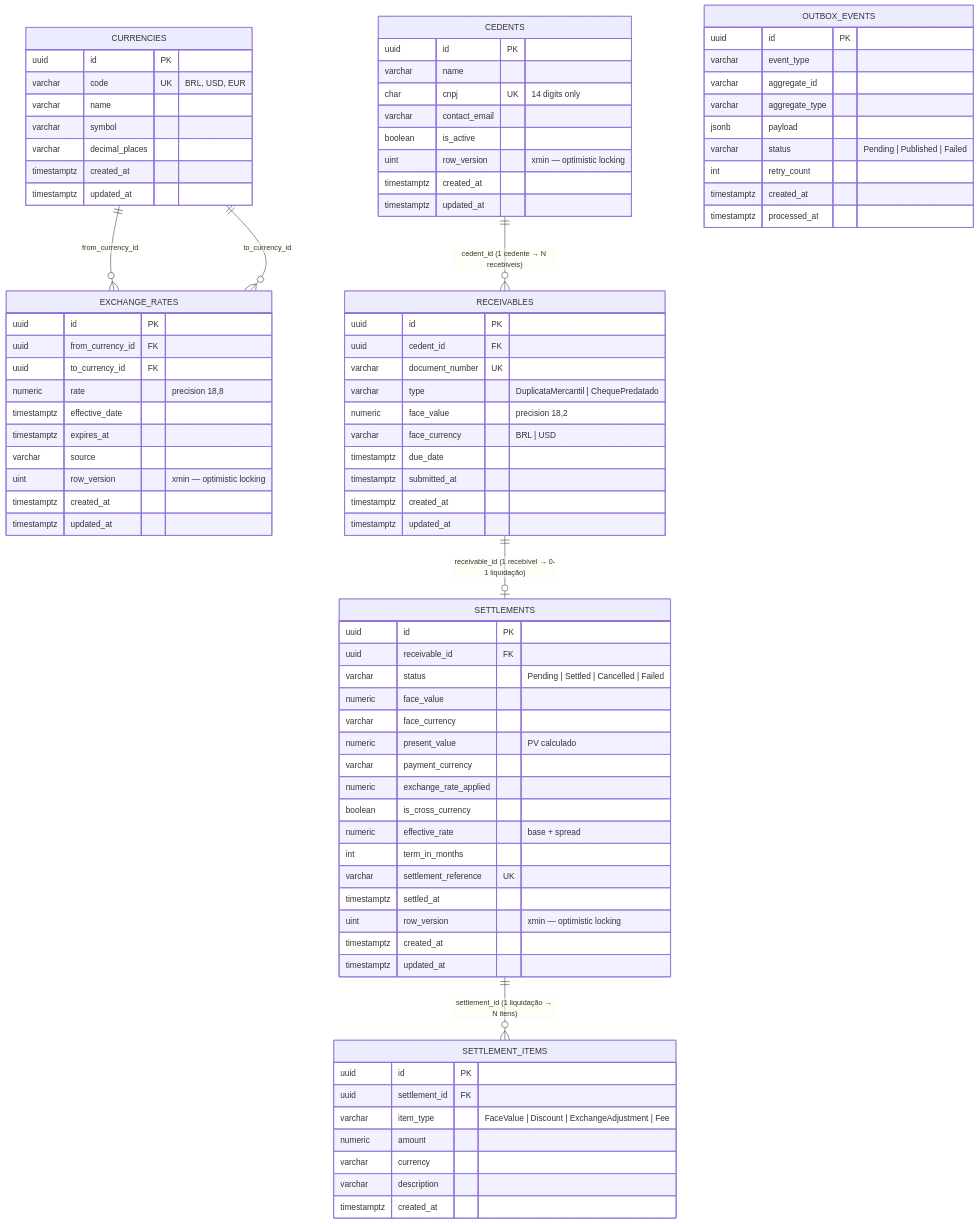
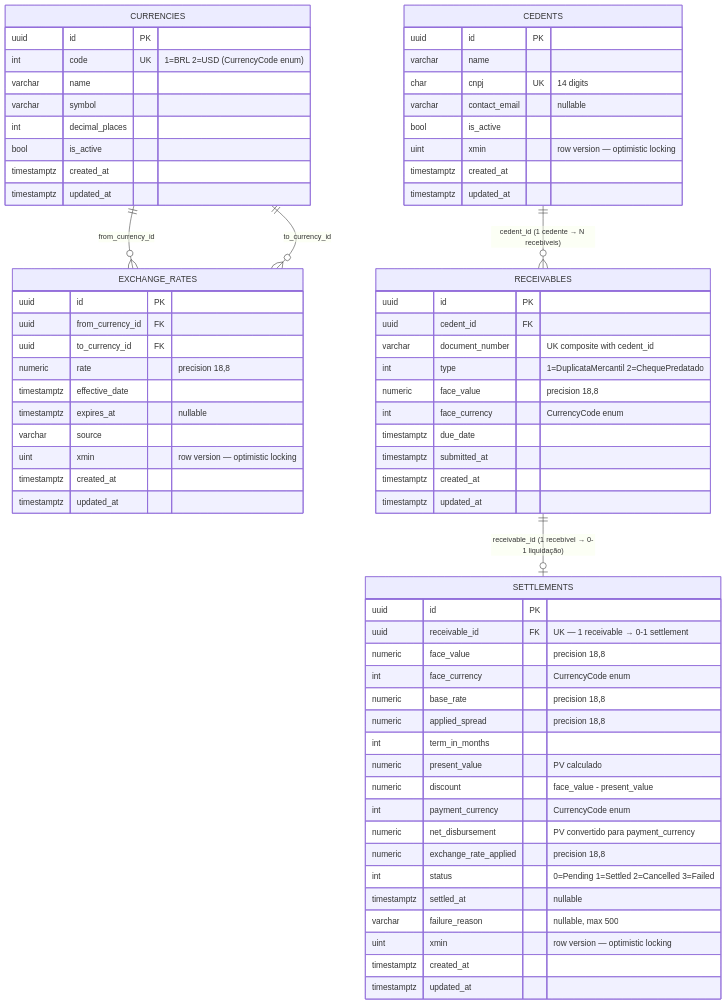
The diagram in docs/diagrams/er-diagram.md (gustavo-segantini/srm-credit-engine), drawn with Mermaid before and after one commit. The commit also changed other lines of this file and 3 other files, not shown here.

````diff
--- a/docs/diagrams/er-diagram.md
+++ b/docs/diagrams/er-diagram.md
@@ -2,10 +2,11 @@
 erDiagram
     CURRENCIES {
         uuid id PK
-        varchar code UK "BRL, USD, EUR"
+        int  code  UK "1=BRL 2=USD (CurrencyCode enum)"
         varchar name
         varchar symbol
-        varchar decimal_places
+        int decimal_places
+        bool is_active
         timestamptz created_at
         timestamptz updated_at
     }
@@ -16,9 +17,9 @@
         uuid to_currency_id FK
         numeric rate "precision 18,8"
         timestamptz effective_date
-        timestamptz expires_at
+        timestamptz expires_at "nullable"
         varchar source
-        uint row_version "xmin — optimistic locking"
+        uint xmin "row version — optimistic locking"
         timestamptz created_at
         timestamptz updated_at
     }
@@ -26,10 +27,10 @@
     CEDENTS {
         uuid id PK
         varchar name
-        char cnpj UK "14 digits only"
-        varchar contact_email
-        boolean is_active
-        uint row_version "xmin — optimistic locking"
+        char cnpj UK "14 digits"
+        varchar contact_email "nullable"
+        bool is_active
+        uint xmin "row version — optimistic locking"
         timestamptz created_at
         timestamptz updated_at
     }
@@ -37,10 +38,10 @@
     RECEIVABLES {
         uuid id PK
         uuid cedent_id FK
-        varchar document_number UK
-        varchar type "DuplicataMercantil | ChequePredatado"
-        numeric face_value "precision 18,2"
-        varchar face_currency "BRL | USD"
+        varchar document_number "UK composite with cedent_id"
+        int type "1=DuplicataMercantil 2=ChequePredatado"
+        numeric face_value "precision 18,8"
+        int face_currency "CurrencyCode enum"
         timestamptz due_date
         timestamptz submitted_at
         timestamptz created_at
@@ -49,48 +50,27 @@
 
     SETTLEMENTS {
         uuid id PK
-        uuid receivable_id FK
-        varchar status "Pending | Settled | Cancelled | Failed"
-        numeric face_value
-        varchar face_currency
+        uuid receivable_id FK "UK — 1 receivable → 0-1 settlement"
+        numeric face_value "precision 18,8"
+        int face_currency "CurrencyCode enum"
+        numeric base_rate "precision 18,8"
+        numeric applied_spread "precision 18,8"
+        int term_in_months
         numeric present_value "PV calculado"
-        varchar payment_currency
-        numeric exchange_rate_applied
-        boolean is_cross_currency
-        numeric effective_rate "base + spread"
-        int term_in_months
-        varchar settlement_reference UK
-        timestamptz settled_at
-        uint row_version "xmin — optimistic locking"
+        numeric discount "face_value - present_value"
+        int payment_currency "CurrencyCode enum"
+        numeric net_disbursement "PV convertido para payment_currency"
+        numeric exchange_rate_applied "precision 18,8"
+        int status "0=Pending 1=Settled 2=Cancelled 3=Failed"
+        timestamptz settled_at "nullable"
+        varchar failure_reason "nullable, max 500"
+        uint xmin "row version — optimistic locking"
         timestamptz created_at
         timestamptz updated_at
-    }
-
-    SETTLEMENT_ITEMS {
-        uuid id PK
-        uuid settlement_id FK
-        varchar item_type "FaceValue | Discount | ExchangeAdjustment | Fee"
-        numeric amount
-        varchar currency
-        varchar description
-        timestamptz created_at
-    }
-
-    OUTBOX_EVENTS {
-        uuid id PK
-        varchar event_type
-        varchar aggregate_id
-        varchar aggregate_type
-        jsonb payload
-        varchar status "Pending | Published | Failed"
-        int retry_count
-        timestamptz created_at
-        timestamptz processed_at
     }
 
     CURRENCIES ||--o{ EXCHANGE_RATES : "from_currency_id"
     CURRENCIES ||--o{ EXCHANGE_RATES : "to_currency_id"
     CEDENTS    ||--o{ RECEIVABLES   : "cedent_id (1 cedente → N recebíveis)"
     RECEIVABLES ||--o| SETTLEMENTS  : "receivable_id (1 recebível → 0-1 liquidação)"
-    SETTLEMENTS ||--o{ SETTLEMENT_ITEMS : "settlement_id (1 liquidação → N itens)"
 ```
````
